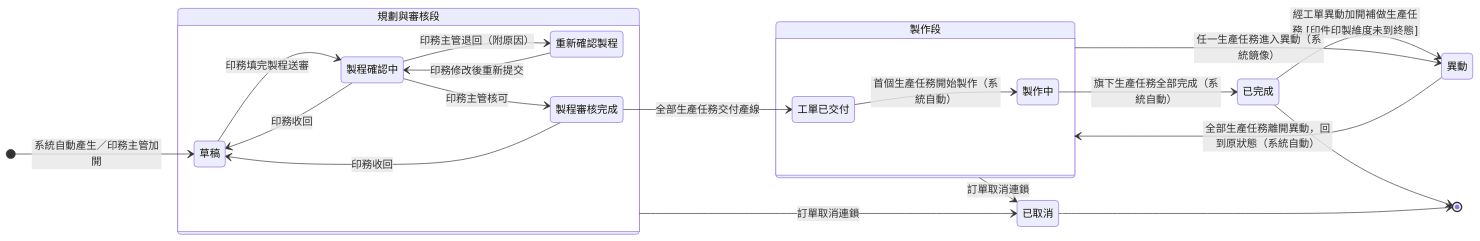
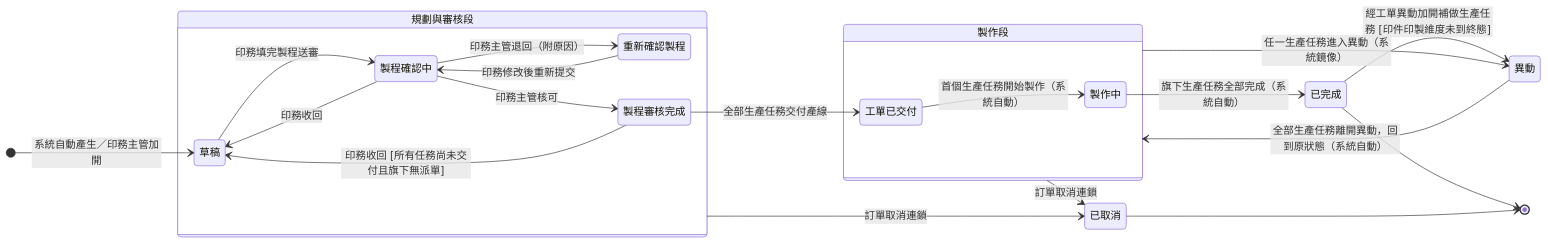
The diagram in memory/Sens_wiki/wiki/erp/06-state-machines/工單狀態.md (Kawato-Miles/erp-spec), drawn with Mermaid before and after one commit. The commit also changed other lines of this file and 13 other files, not shown here.

````diff
--- a/memory/Sens_wiki/wiki/erp/06-state-machines/工單狀態.md
+++ b/memory/Sens_wiki/wiki/erp/06-state-machines/工單狀態.md
@@ -52,44 +52,44 @@
 ```mermaid
 stateDiagram-v2
     direction LR
 
     [*] --> s_draft : 系統自動產生／印務主管加開
 
     state "規劃與審核段" as Planning {
         direction LR
         state "草稿" as s_draft
         state "製程確認中" as s_confirm
         state "重新確認製程" as s_redo
         state "製程審核完成" as s_approved
         s_draft --> s_confirm : 印務填完製程送審
         s_confirm --> s_redo : 印務主管退回（附原因）
         s_redo --> s_confirm : 印務修改後重新提交
         s_confirm --> s_approved : 印務主管核可
         s_confirm --> s_draft : 印務收回
-        s_approved --> s_draft : 印務收回
+        s_approved --> s_draft : 印務收回 [所有任務尚未交付且旗下無派單]
     }
 
     state "製作段" as Production {
         direction LR
         state "工單已交付" as s_delivered
         state "製作中" as s_making
         s_delivered --> s_making : 首個生產任務開始製作（系統自動）
     }
 
     state "異動" as s_mod
 
     s_approved --> s_delivered : 全部生產任務交付產線
     Production --> s_mod : 任一生產任務進入異動（系統鏡像）
     s_mod --> Production : 全部生產任務離開異動，回到原狀態（系統自動）
 
     state "已完成" as s_done
     state "已取消" as s_cancel
 
     s_making --> s_done : 旗下生產任務全部完成（系統自動）
     s_done --> s_mod : 經工單異動加開補做生產任務 [印件印製維度未到終態]
     Planning --> s_cancel : 訂單取消連鎖
     Production --> s_cancel : 訂單取消連鎖
 
     s_done --> [*]
     s_cancel --> [*]
 ```
````
